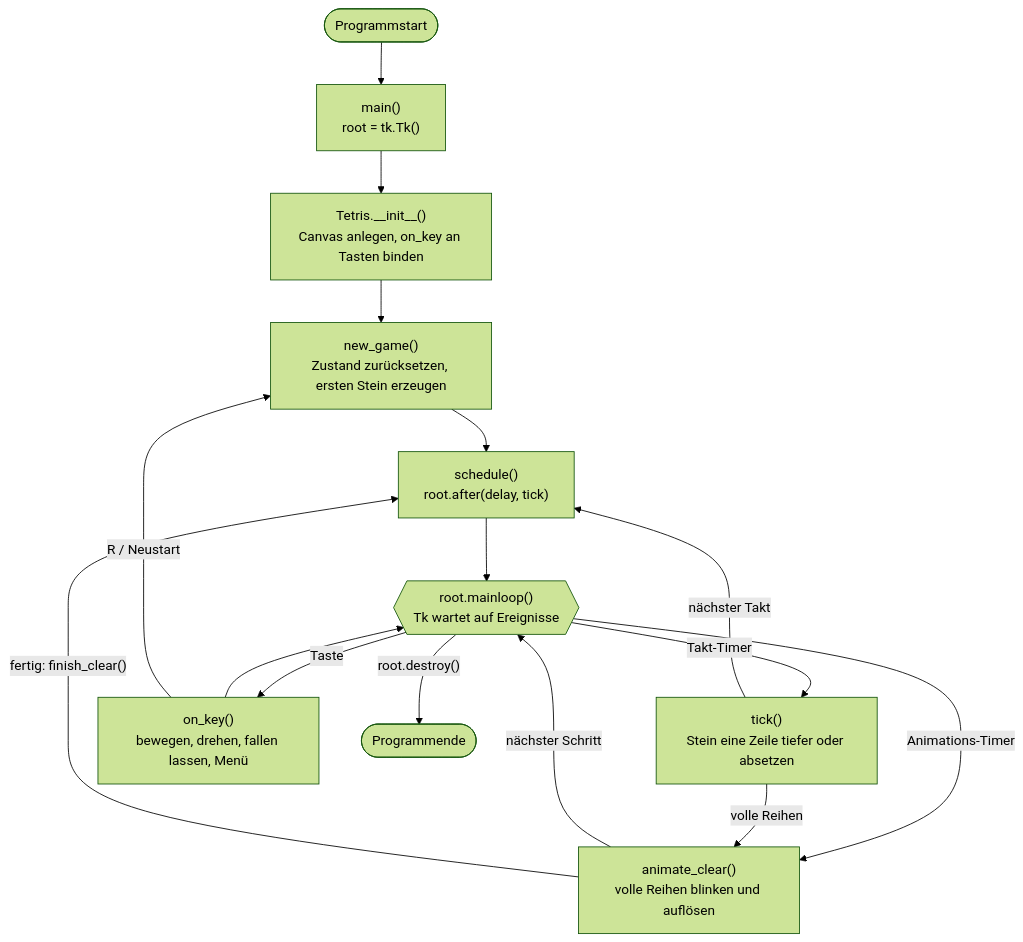
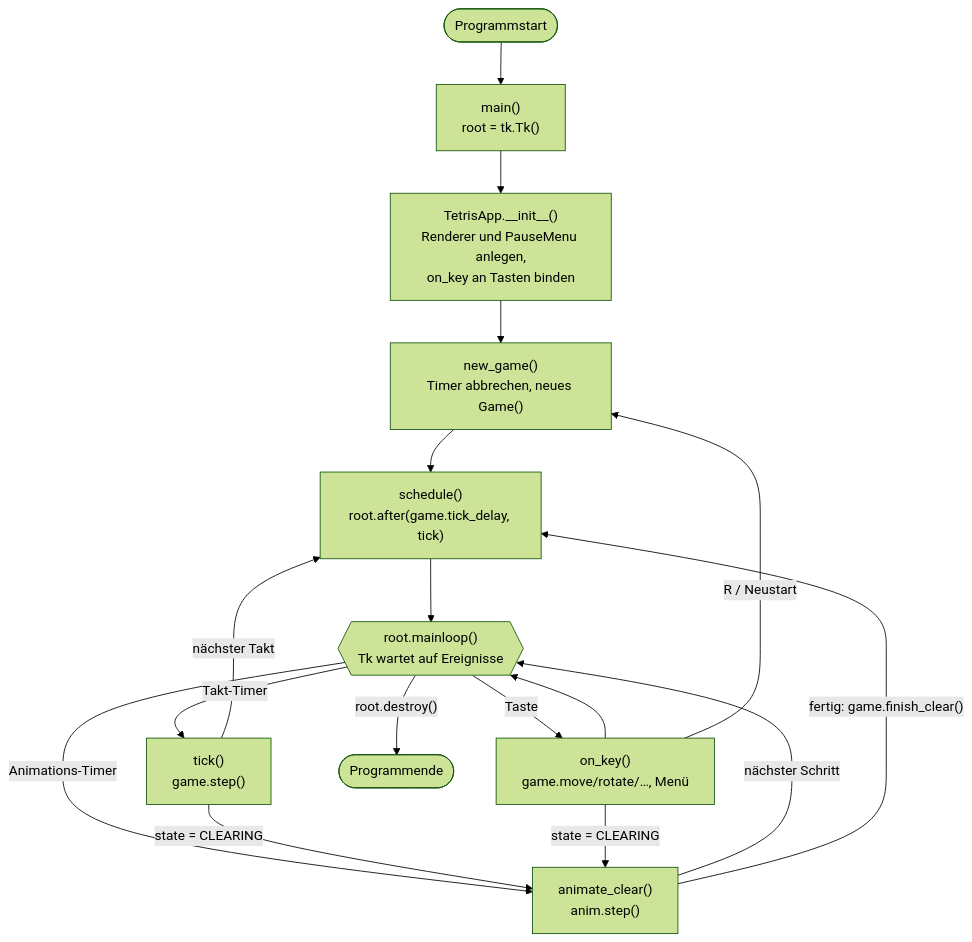
The third of 6 diagrams in docs/Diagramme.md (Krysek/Quickstart-mit-Claude), drawn with Mermaid (forest theme) before and after one commit. The commit also changed other lines of this file and 7 other files, not shown here.

````diff
--- a/docs/Diagramme.md
+++ b/docs/Diagramme.md
@@ -119,20 +177,21 @@
 ```mermaid
 flowchart TD
     start(["Programmstart"]) --> main["main()<br/>root = tk.Tk()"]
-    main --> init["Tetris.__init__()<br/>Canvas anlegen, on_key an Tasten binden"]
-    init --> ng["new_game()<br/>Zustand zurücksetzen, ersten Stein erzeugen"]
-    ng --> sched["schedule()<br/>root.after(delay, tick)"]
+    main --> init["TetrisApp.__init__()<br/>Renderer und PauseMenu anlegen,<br/>on_key an Tasten binden"]
+    init --> ng["new_game()<br/>Timer abbrechen, neues Game()"]
+    ng --> sched["schedule()<br/>root.after(game.tick_delay, tick)"]
     sched --> loop{{"root.mainloop()<br/>Tk wartet auf Ereignisse"}}
 
-    loop -->|"Takt-Timer"| tick["tick()<br/>Stein eine Zeile tiefer oder absetzen"]
-    loop -->|"Taste"| key["on_key()<br/>bewegen, drehen, fallen lassen, Menü"]
-    loop -->|"Animations-Timer"| anim["animate_clear()<br/>volle Reihen blinken und auflösen"]
+    loop -->|"Takt-Timer"| tick["tick()<br/>game.step()"]
+    loop -->|"Taste"| key["on_key()<br/>game.move/rotate/…, Menü"]
+    loop -->|"Animations-Timer"| anim["animate_clear()<br/>anim.step()"]
     loop -->|"root.destroy()"| stop(["Programmende"])
 
     tick -->|"nächster Takt"| sched
-    tick -->|"volle Reihen"| anim
+    tick -->|"state = CLEARING"| anim
+    key -->|"state = CLEARING"| anim
     anim -->|"nächster Schritt"| loop
-    anim -->|"fertig: finish_clear()"| sched
+    anim -->|"fertig: game.finish_clear()"| sched
     key --> loop
     key -->|"R / Neustart"| ng
 ```
````
